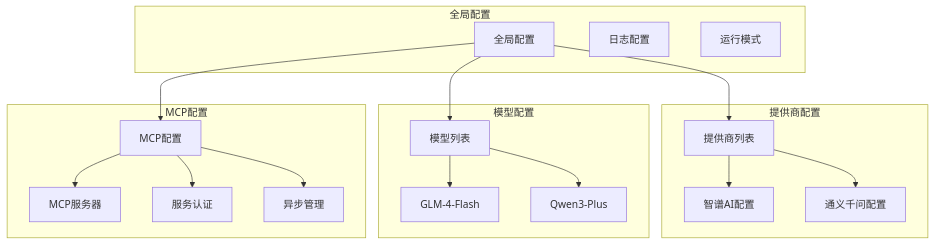
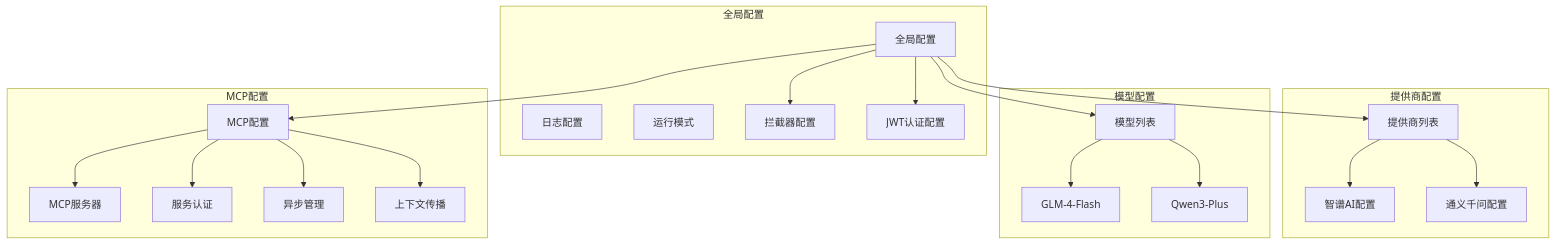
The seventh of 19 diagrams in .qoder/repowiki/zh/content/AI聊天服务迁移指南.md (maomao94/zero-service), drawn with Mermaid before and after one commit. The commit also changed other lines of this file and 58 other files, not shown here.

````diff
--- a/.qoder/repowiki/zh/content/AI聊天服务迁移指南.md
+++ b/.qoder/repowiki/zh/content/AI聊天服务迁移指南.md
@@ -346,34 +380,40 @@
 ```mermaid
 graph TB
 subgraph "全局配置"
 Global[全局配置]
 Log[日志配置]
 Mode[运行模式]
+Interceptor[拦截器配置]
+JWT[JWT认证配置]
 end
 subgraph "提供商配置"
 Providers[提供商列表]
 Provider1[智谱AI配置]
 Provider2[通义千问配置]
 end
 subgraph "模型配置"
 Models[模型列表]
 Model1[GLM-4-Flash]
 Model2[Qwen3-Plus]
 end
 subgraph "MCP配置"
 MCP[MCP配置]
 Servers[MCP服务器]
 Auth[服务认证]
 Async[异步管理]
+Context[上下文传播]
 end
 Global --> Providers
 Global --> Models
 Global --> MCP
+Global --> Interceptor
+Global --> JWT
 Providers --> Provider1
 Providers --> Provider2
 Models --> Model1
 Models --> Model2
 MCP --> Servers
 MCP --> Auth
 MCP --> Async
+MCP --> Context
 ```
````
